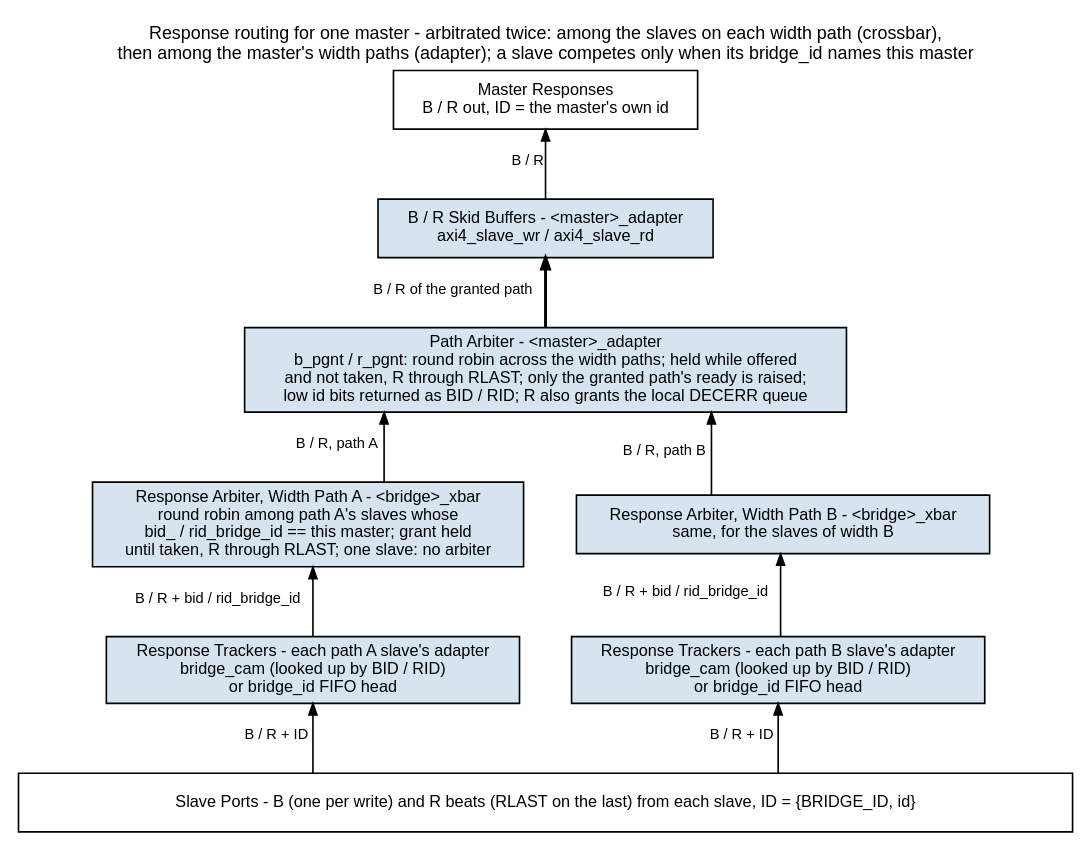
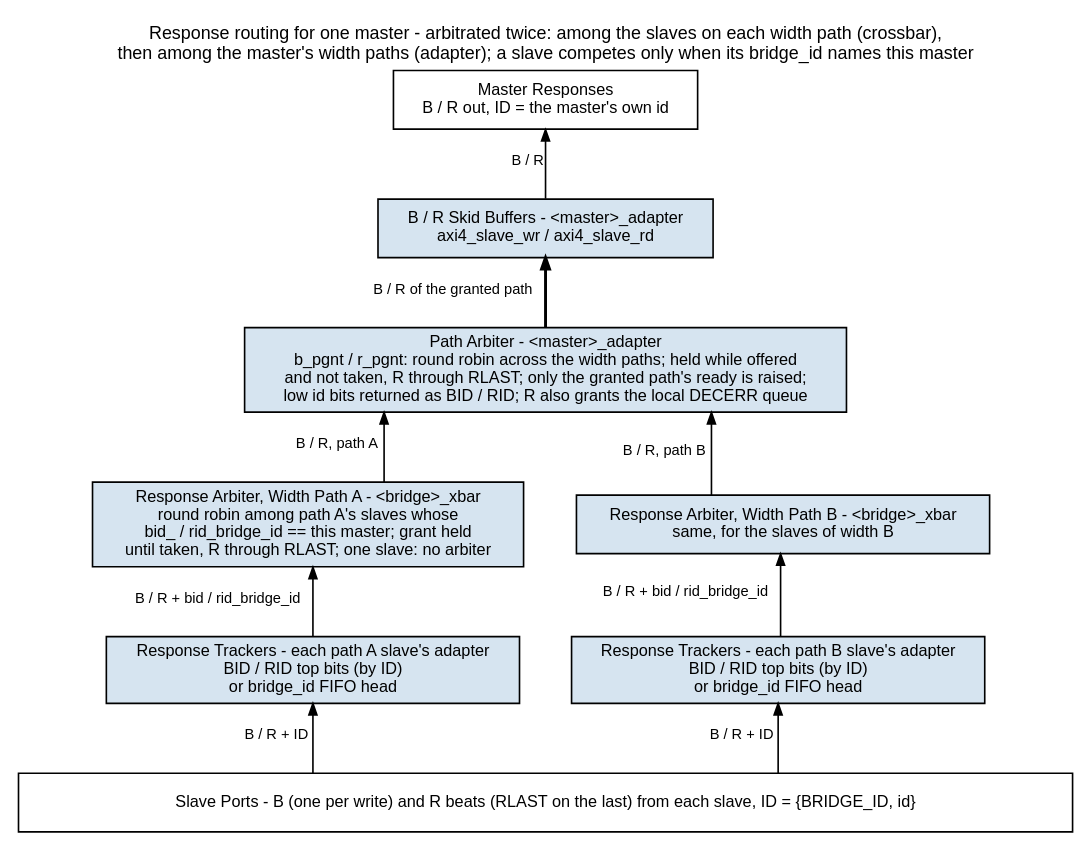
Before and after one commit to sean-galloway/RTLDesignSherpa: the diagram in projects/components/fabric-gen-ip/bridge/docs/bridge_mas/assets/graphviz/response_routing.dot, drawn with Graphviz. The commit also changed 82 other files, not shown here.

First line of the commit message:
docs(bridge): rev 1.6 -- by-ID response routing replaces the slave CAM

```diff
--- a/projects/components/fabric-gen-ip/bridge/docs/bridge_mas/assets/graphviz/response_routing.dot
+++ b/projects/components/fabric-gen-ip/bridge/docs/bridge_mas/assets/graphviz/response_routing.dot
@@ -1,34 +1,34 @@
 // Response routing: B and R from every slave back to the master that asked.
 // Labels from rtl/generated/bridge_2x2_rw/{ddr_adapter,bridge_2x2_rw_xbar,cpu_adapter}.sv
 // and bridge_1x3_wr/cpu_wr_adapter.sv (b_pgnt / b_slave_select path arbiter).
 // House style: vault/handbook/authoring/block-diagrams.md
 digraph response_routing {
     graph [rankdir=TB, bgcolor="white", fontname="Helvetica", fontsize=11,
            nodesep="0.45", ranksep="0.60", splines=ortho, labelloc=t,
            label="Response routing for one master - arbitrated twice: among the slaves on each width path (crossbar),\nthen among the master's width paths (adapter); a slave competes only when its bridge_id names this master"];
     node  [fontname="Helvetica", fontsize=10, shape=box, style=filled,
            fillcolor="#D6E4F0", color="black", margin="0.12,0.06"];
     edge  [fontname="Helvetica", fontsize=9, color="black", arrowsize=0.7];
 
     port [label="Master Responses\nB / R out, ID = the master's own id", fillcolor="white"];
     skid [label="B / R Skid Buffers - <master>_adapter\naxi4_slave_wr / axi4_slave_rd"];
     msel [label="Path Arbiter - <master>_adapter\nb_pgnt / r_pgnt: round robin across the width paths; held while offered\nand not taken, R through RLAST; only the granted path's ready is raised;\nlow id bits returned as BID / RID; R also grants the local DECERR queue"];
     p0 [label="Response Arbiter, Width Path A - <bridge>_xbar\nround robin among path A's slaves whose\nbid_ / rid_bridge_id == this master; grant held\nuntil taken, R through RLAST; one slave: no arbiter"];
     pn [label="Response Arbiter, Width Path B - <bridge>_xbar\nsame, for the slaves of width B"];
     { rank=same; p0; pn; }
     p0 -> pn [style=invis];
-    t0 [label="Response Trackers - each path A slave's adapter\nbridge_cam (looked up by BID / RID)\nor bridge_id FIFO head"];
-    tn [label="Response Trackers - each path B slave's adapter\nbridge_cam (looked up by BID / RID)\nor bridge_id FIFO head"];
+    t0 [label="Response Trackers - each path A slave's adapter\nBID / RID top bits (by ID)\nor bridge_id FIFO head"];
+    tn [label="Response Trackers - each path B slave's adapter\nBID / RID top bits (by ID)\nor bridge_id FIFO head"];
     { rank=same; t0; tn; }
     t0 -> tn [style=invis];
     bar [label="Slave Ports - B (one per write) and R beats (RLAST on the last) from each slave, ID = {BRIDGE_ID, id}", fillcolor="white", width=9];
 
     port -> skid [dir=back, xlabel="B / R"];
     skid -> msel [dir=back, xlabel="B / R of the granted path", penwidth=1.8];
     msel -> p0 [dir=back, xlabel="B / R, path A"];
     msel -> pn [dir=back, xlabel="B / R, path B"];
     p0 -> t0 [dir=back, xlabel="B / R + bid / rid_bridge_id"];
     pn -> tn [dir=back, xlabel="B / R + bid / rid_bridge_id"];
     t0 -> bar [dir=back, xlabel="B / R + ID"];
     tn -> bar [dir=back, xlabel="B / R + ID"];
 }
```
